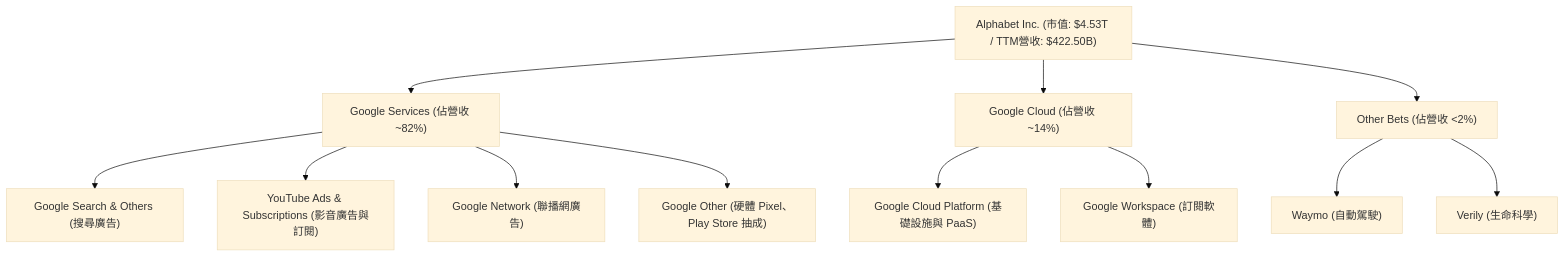
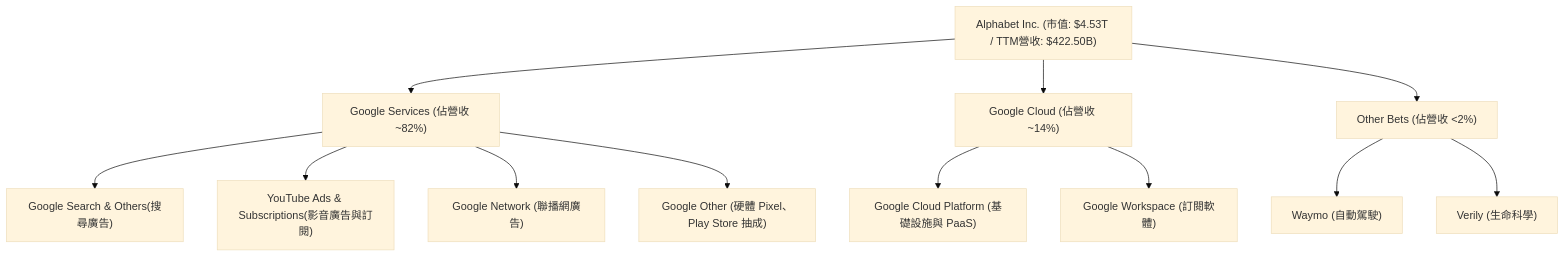
One commit to yennanliu/finance_data changed the second of 6 diagrams in ai_gen_report/stock/goog/fundamental_analysis_2026-06-16_gemini.md. Above: the diagram before and after it, drawn with Mermaid (base theme). The commit also changed 2258 other files, not shown here.

First line of the commit message:
chore: backfill Mermaid syntax repair across existing reports

````diff
--- a/ai_gen_report/stock/goog/fundamental_analysis_2026-06-16_gemini.md
+++ b/ai_gen_report/stock/goog/fundamental_analysis_2026-06-16_gemini.md
@@ -127,23 +127,23 @@
 ```mermaid
 graph TD
     GOOG["Alphabet Inc. (市值: $4.53T / TTM營收: $422.50B)"]
 
     GS["Google Services (佔營收 ~82%)"]
     GC["Google Cloud (佔營收 ~14%)"]
     OB["Other Bets (佔營收 <2%)"]
 
     GOOG --> GS
     GOOG --> GC
     GOOG --> OB
 
-    GS --> GSearch["Google Search & Others (搜尋廣告)"]
-    GS --> YT["YouTube Ads & Subscriptions (影音廣告與訂閱)"]
+    GS --> GSearch["Google Search & Others(搜尋廣告)"]
+    GS --> YT["YouTube Ads & Subscriptions(影音廣告與訂閱)"]
     GS --> GNetwork["Google Network (聯播網廣告)"]
     GS --> GOther["Google Other (硬體 Pixel、Play Store 抽成)"]
 
     GC --> GCP["Google Cloud Platform (基礎設施與 PaaS)"]
     GC --> Workspace["Google Workspace (訂閱軟體)"]
 
     OB --> Waymo["Waymo (自動駕駛)"]
     OB --> Verily["Verily (生命科學)"]
 ```
````
